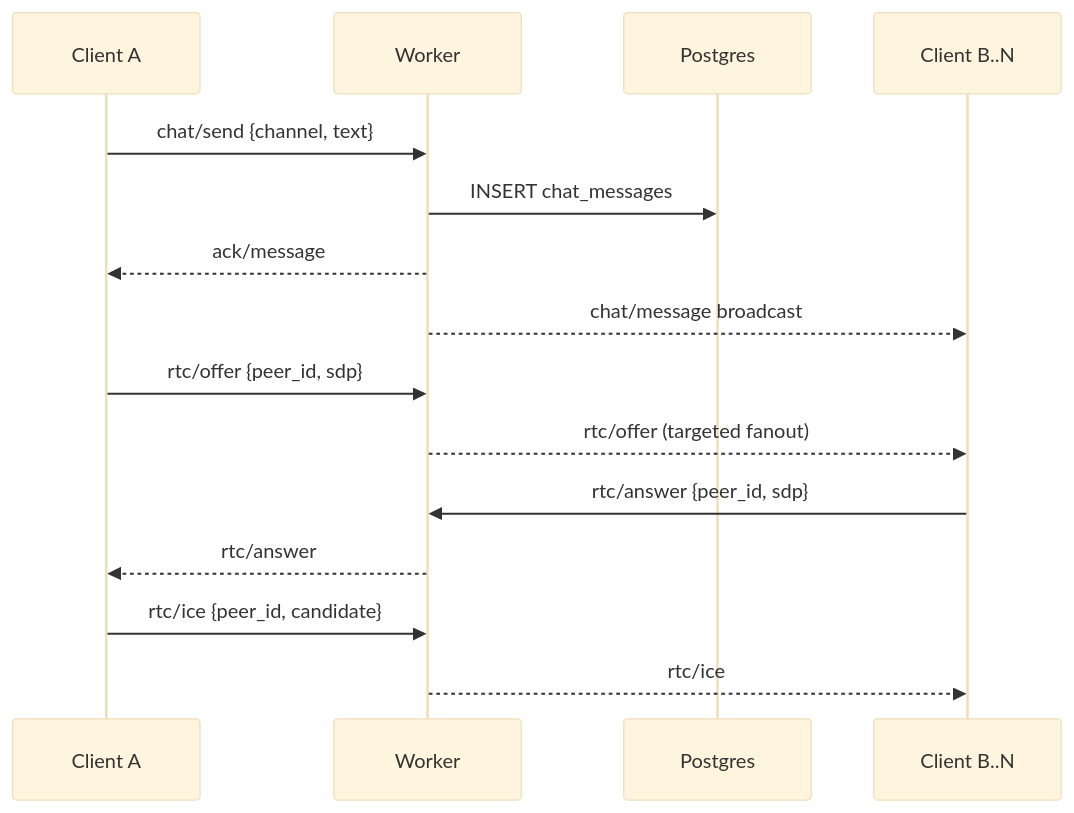
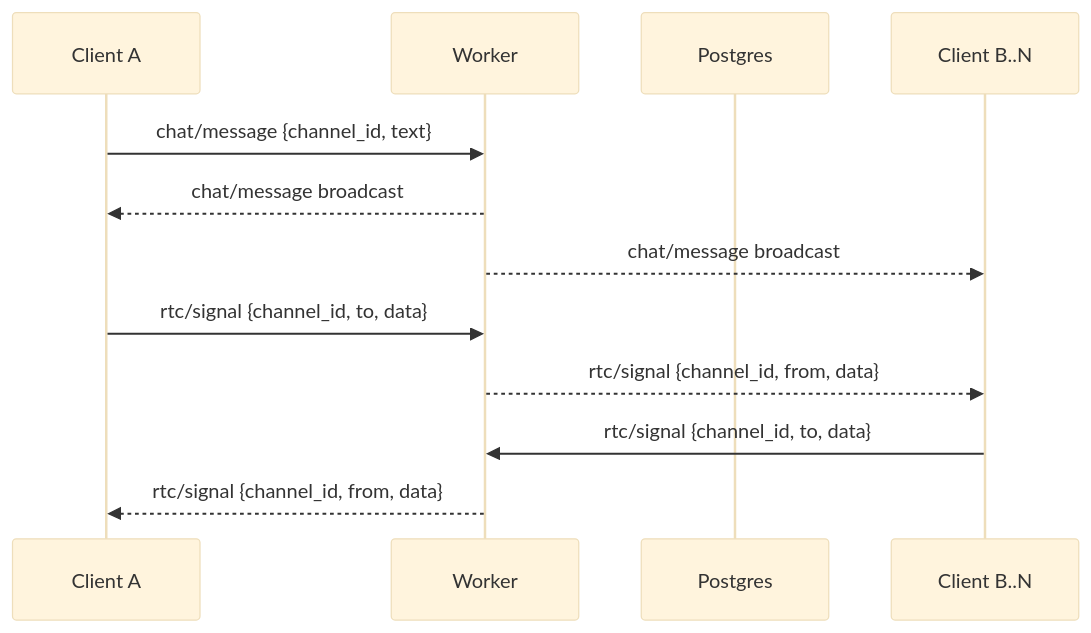
Before and after one commit to fdimitri/carbide2-docs: the diagram in src/content/docs/architecture/chat-and-video.mdx, drawn with Mermaid (base theme). The commit also changed 11 other files, not shown here.

````diff
--- a/src/content/docs/architecture/chat-and-video.mdx
+++ b/src/content/docs/architecture/chat-and-video.mdx
@@ -19,19 +19,16 @@
 ```mermaid
 sequenceDiagram
   participant A as Client A
   participant W as Worker
   participant DB as Postgres
   participant B as Client B..N
 
-  A->>W: chat/send {channel, text}
-  W->>DB: INSERT chat_messages
-  W-->>A: ack/message
+  A->>W: chat/message {channel_id, text}
+  W-->>A: chat/message broadcast
   W-->>B: chat/message broadcast
 
-  A->>W: rtc/offer {peer_id, sdp}
-  W-->>B: rtc/offer (targeted fanout)
-  B->>W: rtc/answer {peer_id, sdp}
-  W-->>A: rtc/answer
-  A->>W: rtc/ice {peer_id, candidate}
-  W-->>B: rtc/ice
+  A->>W: rtc/signal {channel_id, to, data}
+  W-->>B: rtc/signal {channel_id, from, data}
+  B->>W: rtc/signal {channel_id, to, data}
+  W-->>A: rtc/signal {channel_id, from, data}
 ```
````
